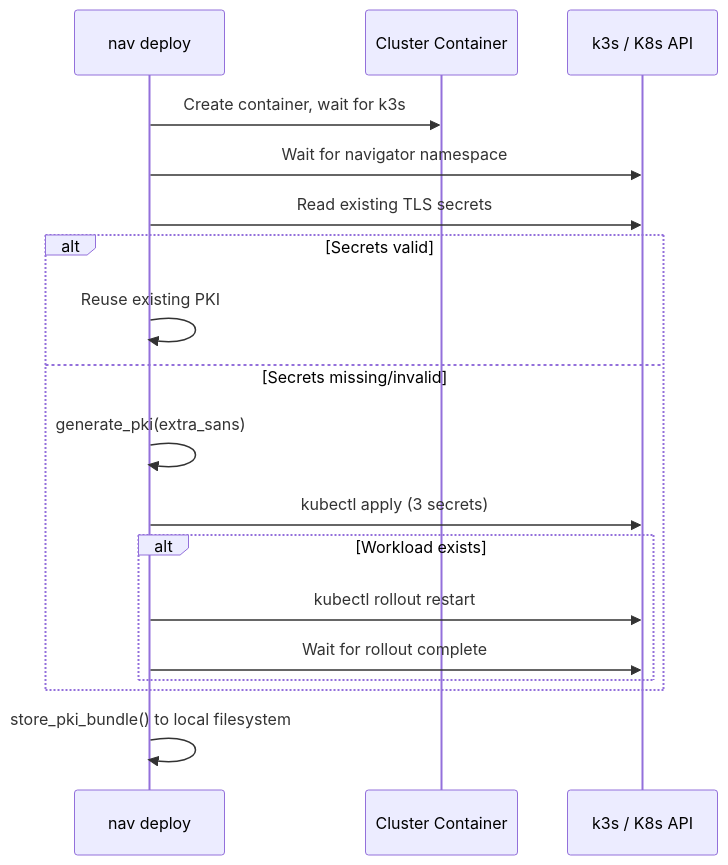
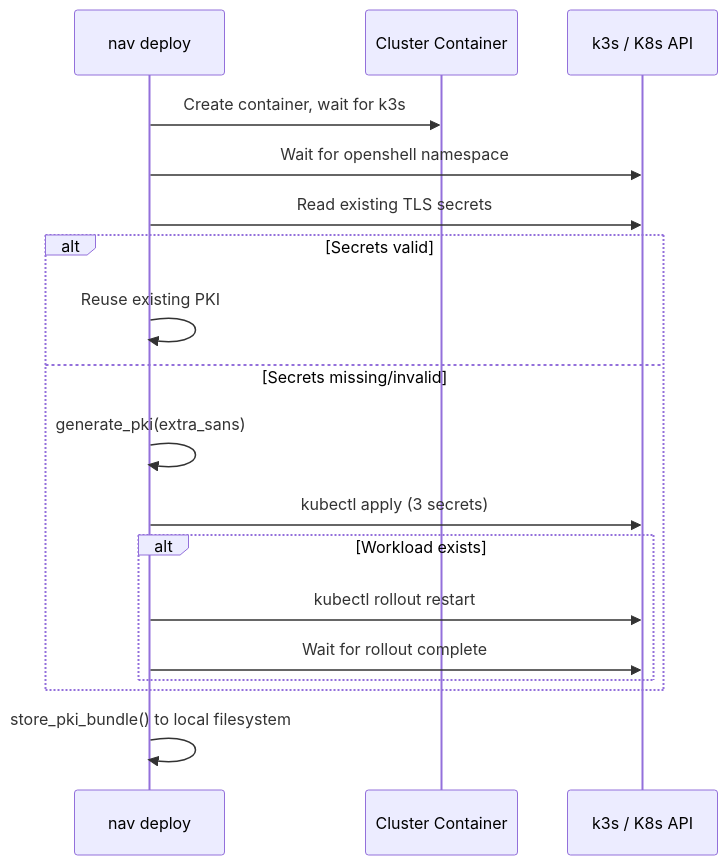
The second of 3 diagrams in architecture/gateway-security.md (NVIDIA/OpenShell), drawn with Mermaid before and after one commit. The commit also changed other lines of this file and 283 other files, not shown here.

First line of the commit message:
refactor: rename navigator- crate prefix to openshell-

````diff
--- a/architecture/gateway-security.md
+++ b/architecture/gateway-security.md
@@ -146,21 +146,21 @@
 ```mermaid
 sequenceDiagram
     participant CLI as nav deploy
     participant Docker as Cluster Container
     participant K8s as k3s / K8s API
 
     CLI->>Docker: Create container, wait for k3s
-    CLI->>K8s: Wait for navigator namespace
+    CLI->>K8s: Wait for openshell namespace
     CLI->>K8s: Read existing TLS secrets
     alt Secrets valid
         CLI->>CLI: Reuse existing PKI
     else Secrets missing/invalid
         CLI->>CLI: generate_pki(extra_sans)
         CLI->>K8s: kubectl apply (3 secrets)
         alt Workload exists
             CLI->>K8s: kubectl rollout restart
             CLI->>K8s: Wait for rollout complete
         end
     end
     CLI->>CLI: store_pki_bundle() to local filesystem
 ```
````
